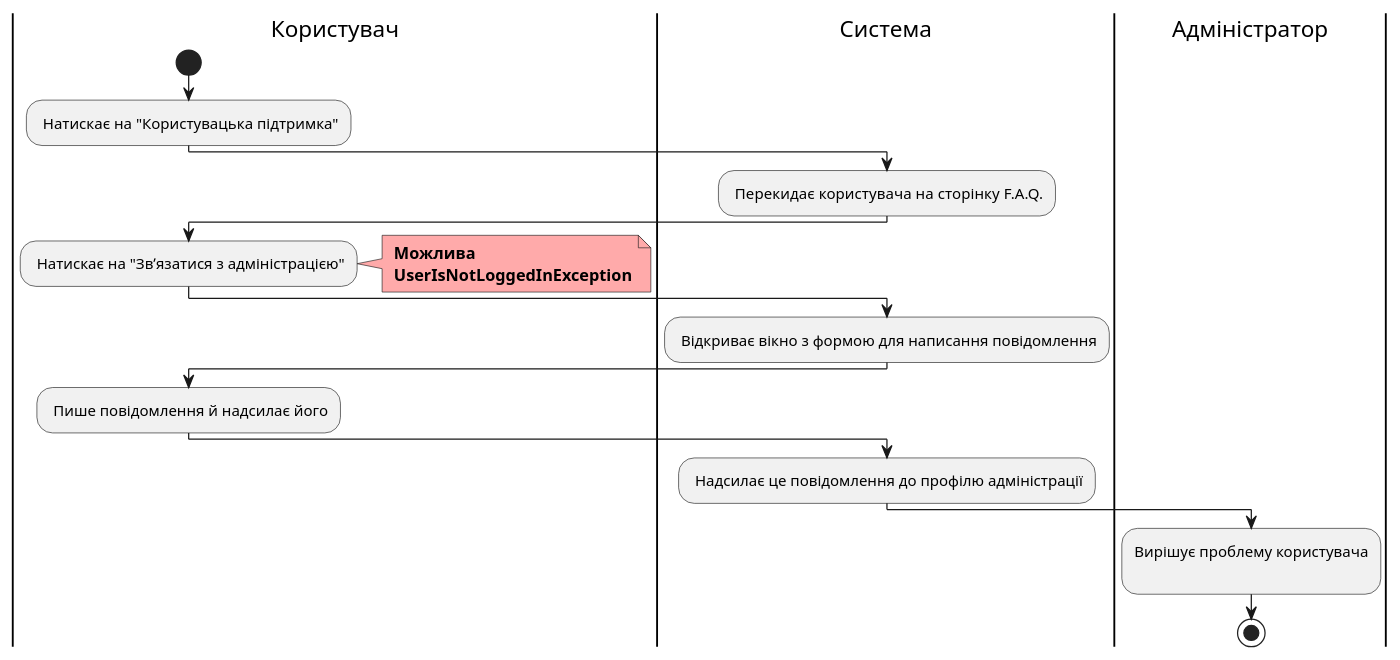
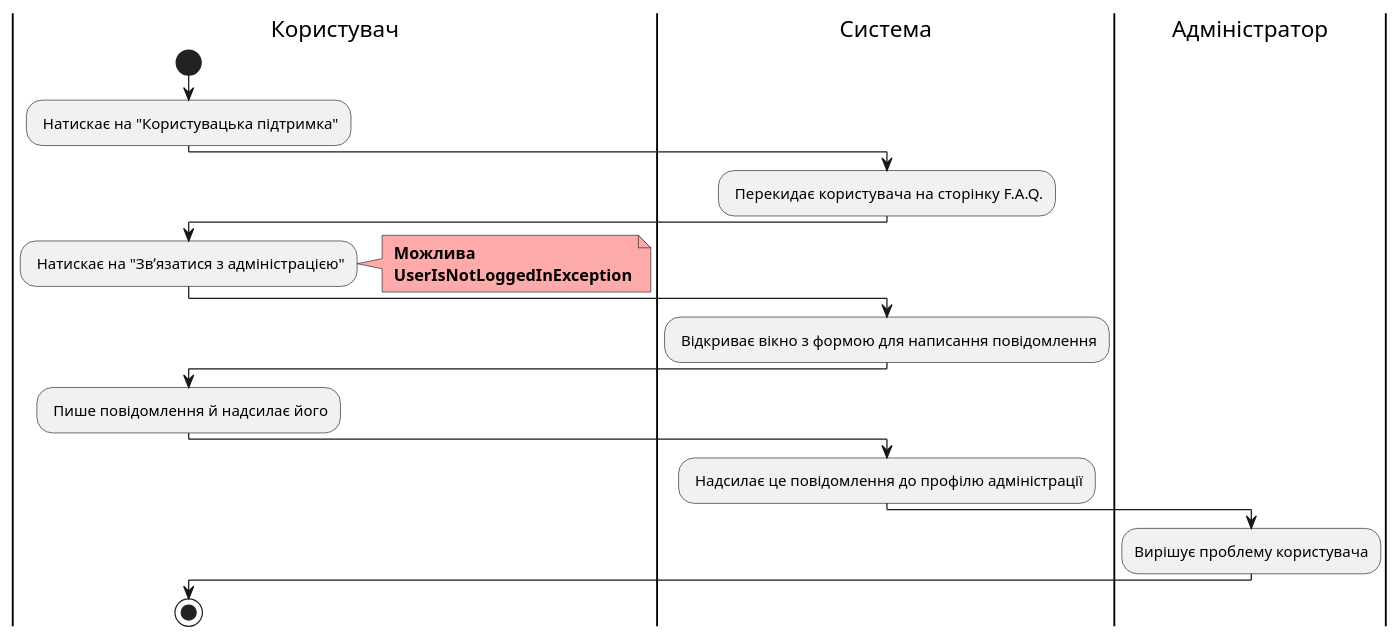
One commit to witchkaa/databases-course-work changed diagram 23 of 23 in docs/use cases/README.md. Above: the diagram before and after it, drawn with PlantUML. The commit also changed other lines of this file, not shown here.

```diff
--- a/docs/use cases/README.md
+++ b/docs/use cases/README.md
@@ -945,32 +942,31 @@
 @startuml
 
-|Користувач|
-start;
-: Натискає на "Користувацька підтримка";
+    |Користувач|
+    start;
+    : Натискає на "Користувацька підтримка";
 
-|Система|
+    |Система|
     : Перекидає користувача на сторінку F.A.Q.;
 
-|Користувач|
-: Натискає на "Звʼязатися з адміністрацією";
-note right #ffaaaa
-<b> Можлива
-<b> UserIsNotLoggedInException
-end note
+    |Користувач|
+    : Натискає на "Звʼязатися з адміністрацією";
+    note right #ffaaaa
+    <b> Можлива
+    <b> UserIsNotLoggedInException
+    end note
 
-|Система|
-: Відкриває вікно з формою для написання повідомлення;
+    |Система|
+    : Відкриває вікно з формою для написання повідомлення;
 
-|Користувач|
-: Пише повідомлення й надсилає його;
+    |Користувач|
+    : Пише повідомлення й надсилає його;
 
-|Система|
-: Надсилає це повідомлення до профілю адміністрації;
+    |Система|
+    : Надсилає це повідомлення до профілю адміністрації;
 
-|Адміністратор|
-:Вирішує проблему користувача
-;
+    |Адміністратор|
+    :Вирішує проблему користувача;
 
-|Адміністратор|
+    |Користувач|
     stop;
 @enduml
```
